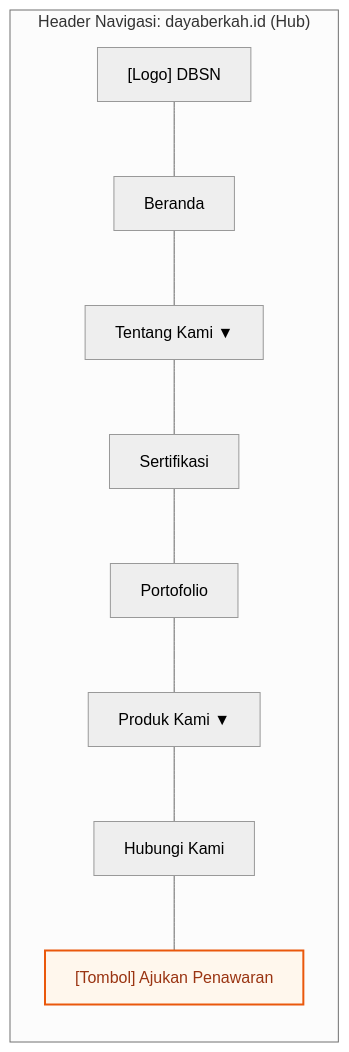
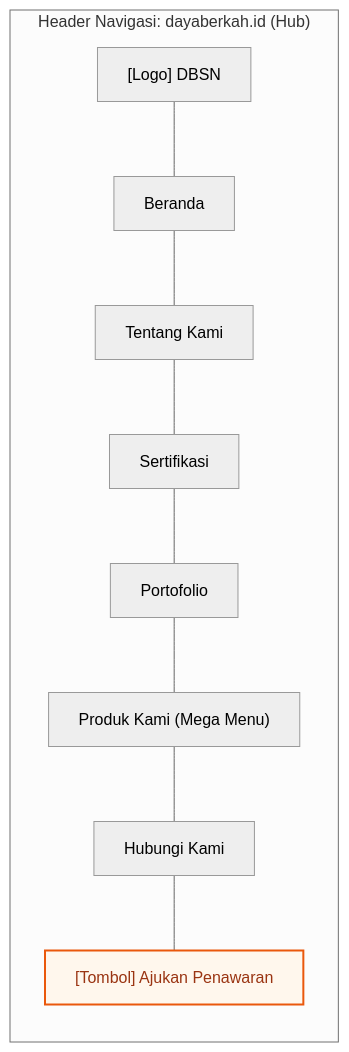
The diagram in docs/system/architecture/information-architecture/navigation-strategy.md (pxrzival404/arostech-hub), drawn with Mermaid before and after one commit. The commit also changed other lines of this file and 72 other files, not shown here.

Commit message:
docs(refactor): complete Phase 0 HLA architecture cascade and 7-Pillars standardisation

````diff
--- a/docs/system/architecture/information-architecture/navigation-strategy.md
+++ b/docs/system/architecture/information-architecture/navigation-strategy.md
@@ -42,23 +59,22 @@
 ```mermaid
 ---
 config:
   layout: dagre
   theme: neutral
 ---
 flowchart LR
-    classDef entry fill:#fef3c7,stroke:#d97706,stroke-width:2px,color:#92400e
     classDef conversion fill:#fff7ed,stroke:#ea580c,stroke-width:2px,color:#9a3412
 
- subgraph HEADER_HUB["Header Navigasi: dayaberkah.id (Hub)"]
+    subgraph HEADER_HUB["Header Navigasi: dayaberkah.id (Hub)"]
         H_LOGO["[Logo] DBSN"]
         H_NAV1["Beranda"]
-        H_NAV2["Tentang Kami ▼"]
+        H_NAV2["Tentang Kami"]
         H_NAV3["Sertifikasi"]
         H_NAV4["Portofolio"]
-        H_NAV5["Produk Kami ▼"]
+        H_NAV5["Produk Kami (Mega Menu)"]
         H_NAV6["Hubungi Kami"]
         H_CTA["[Tombol] Ajukan Penawaran"]
- end
+    end
     H_LOGO --- H_NAV1 --- H_NAV2 --- H_NAV3 --- H_NAV4 --- H_NAV5 --- H_NAV6 --- H_CTA
     class H_CTA conversion
 ```
````
